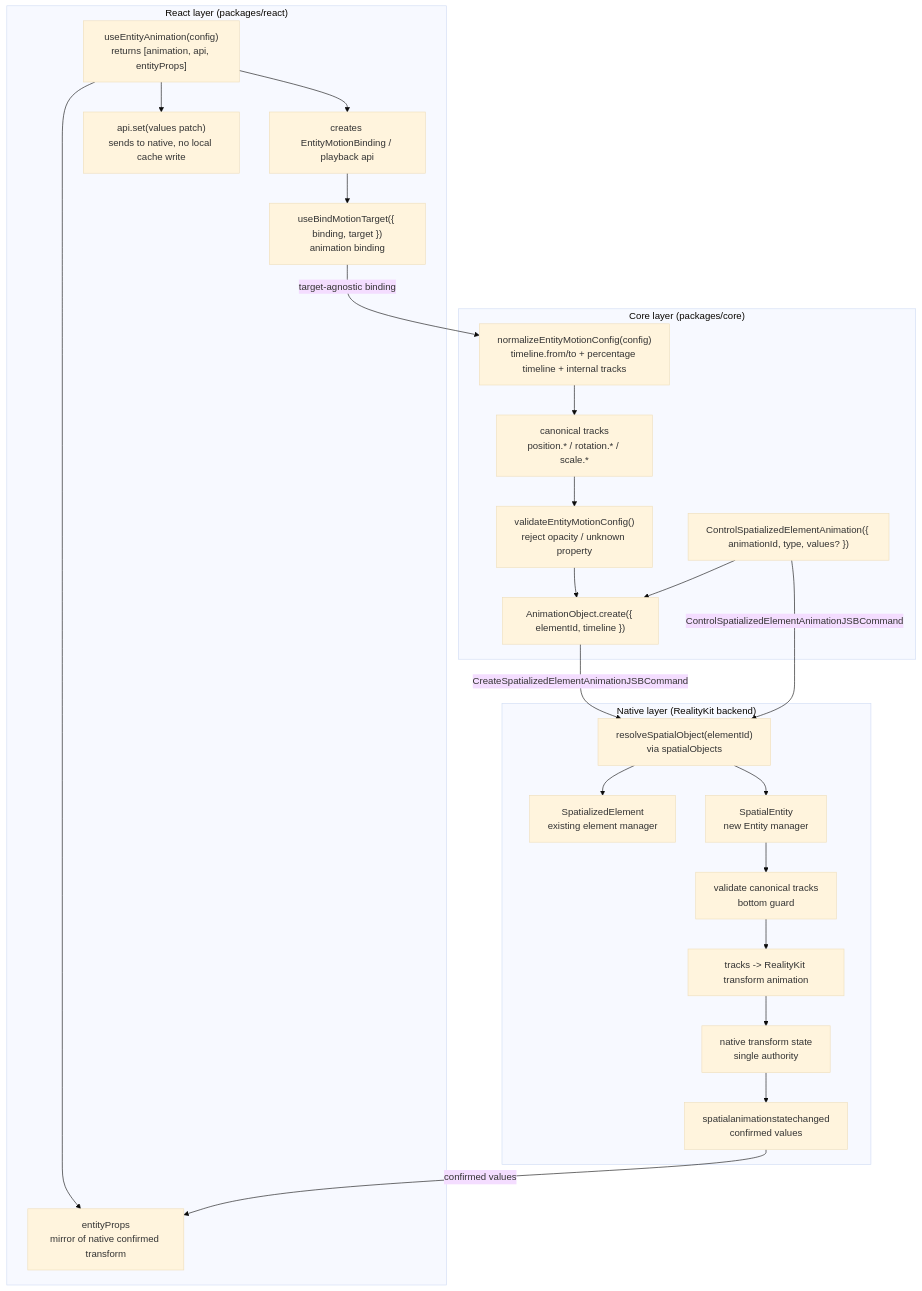
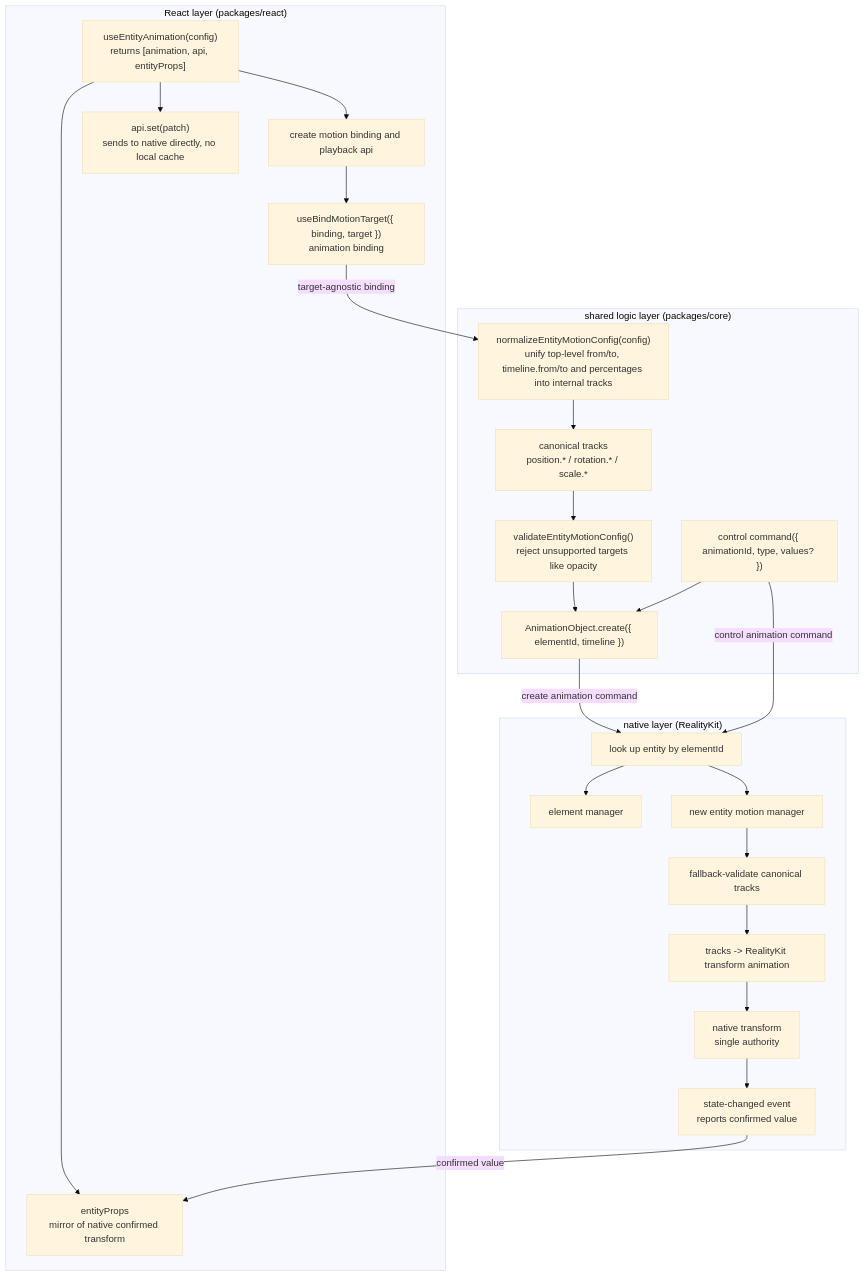
The first of 11 diagrams in openspec/changes/redesign-entity-motion-api/design.md (webspatial/webspatial-sdk), drawn with Mermaid (base theme) before and after one commit. The commit also changed other lines of this file and 7 other files, not shown here.

````diff
--- a/openspec/changes/redesign-entity-motion-api/design.md
+++ b/openspec/changes/redesign-entity-motion-api/design.md
@@ -83,50 +113,50 @@
 ```mermaid
 flowchart TB
     subgraph React["React layer (packages/react)"]
         UseEntity["useEntityAnimation(config)<br/>returns [animation, api, entityProps]"]
-        ReactBinding["creates EntityMotionBinding / playback api"]
+        ReactBinding["create motion binding and playback api"]
         EntityProps["entityProps<br/>mirror of native confirmed transform"]
-        ApiSet["api.set(values patch)<br/>sends to native, no local cache write"]
+        ApiSet["api.set(patch)<br/>sends to native directly, no local cache"]
         BindTarget["useBindMotionTarget({ binding, target })<br/>animation binding"]
 
         UseEntity --> ReactBinding
         UseEntity --> EntityProps
         UseEntity --> ApiSet
         ReactBinding --> BindTarget
     end
 
-    subgraph Core["Core layer (packages/core)"]
-        Normalize["normalizeEntityMotionConfig(config)<br/>timeline.from/to + percentage timeline + internal tracks"]
+    subgraph Core["shared logic layer (packages/core)"]
+        Normalize["normalizeEntityMotionConfig(config)<br/>unify top-level from/to, timeline.from/to and percentages into internal tracks"]
         Tracks["canonical tracks<br/>position.* / rotation.* / scale.*"]
-        Validate["validateEntityMotionConfig()<br/>reject opacity / unknown property"]
+        Validate["validateEntityMotionConfig()<br/>reject unsupported targets like opacity"]
         CreateObject["AnimationObject.create({ elementId, timeline })"]
-        ControlObject["ControlSpatializedElementAnimation({ animationId, type, values? })"]
+        ControlObject["control command({ animationId, type, values? })"]
 
         Normalize --> Tracks
         Tracks --> Validate
         Validate --> CreateObject
         ControlObject --> CreateObject
     end
 
-    subgraph Native["Native layer (RealityKit backend)"]
-        Resolve["resolveSpatialObject(elementId)<br/>via spatialObjects"]
-        ElementAdapter["SpatializedElement<br/>existing element manager"]
-        EntityManager["SpatialEntity<br/>new Entity manager"]
-        NativeValidate["validate canonical tracks<br/>bottom guard"]
+    subgraph Native["native layer (RealityKit)"]
+        Resolve["look up entity by elementId"]
+        ElementAdapter["element manager"]
+        EntityManager["new entity motion manager"]
+        NativeValidate["fallback-validate canonical tracks"]
         Compile["tracks -> RealityKit transform animation"]
-        Authority["native transform state<br/>single authority"]
-        Event["spatialanimationstatechanged<br/>confirmed values"]
+        Authority["native transform<br/>single authority"]
+        Event["state-changed event<br/>reports confirmed value"]
 
         Resolve --> ElementAdapter
         Resolve --> EntityManager
         EntityManager --> NativeValidate
         NativeValidate --> Compile
         Compile --> Authority
         Authority --> Event
     end
 
     BindTarget -->|"target-agnostic binding"| Normalize
-    CreateObject -->|"CreateSpatializedElementAnimationJSBCommand"| Resolve
-    ControlObject -->|"ControlSpatializedElementAnimationJSBCommand"| Resolve
-    Event -->|"confirmed values"| EntityProps
+    CreateObject -->|"create animation command"| Resolve
+    ControlObject -->|"control animation command"| Resolve
+    Event -->|"confirmed value"| EntityProps
 ```
````
